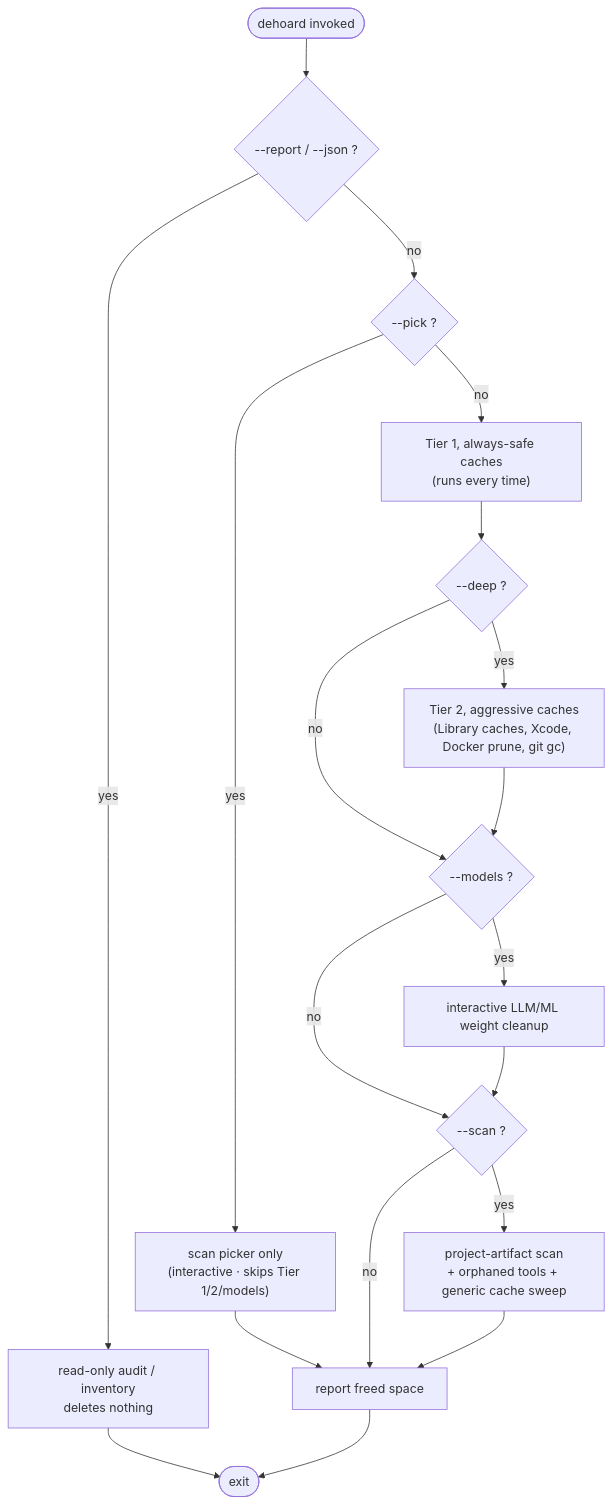
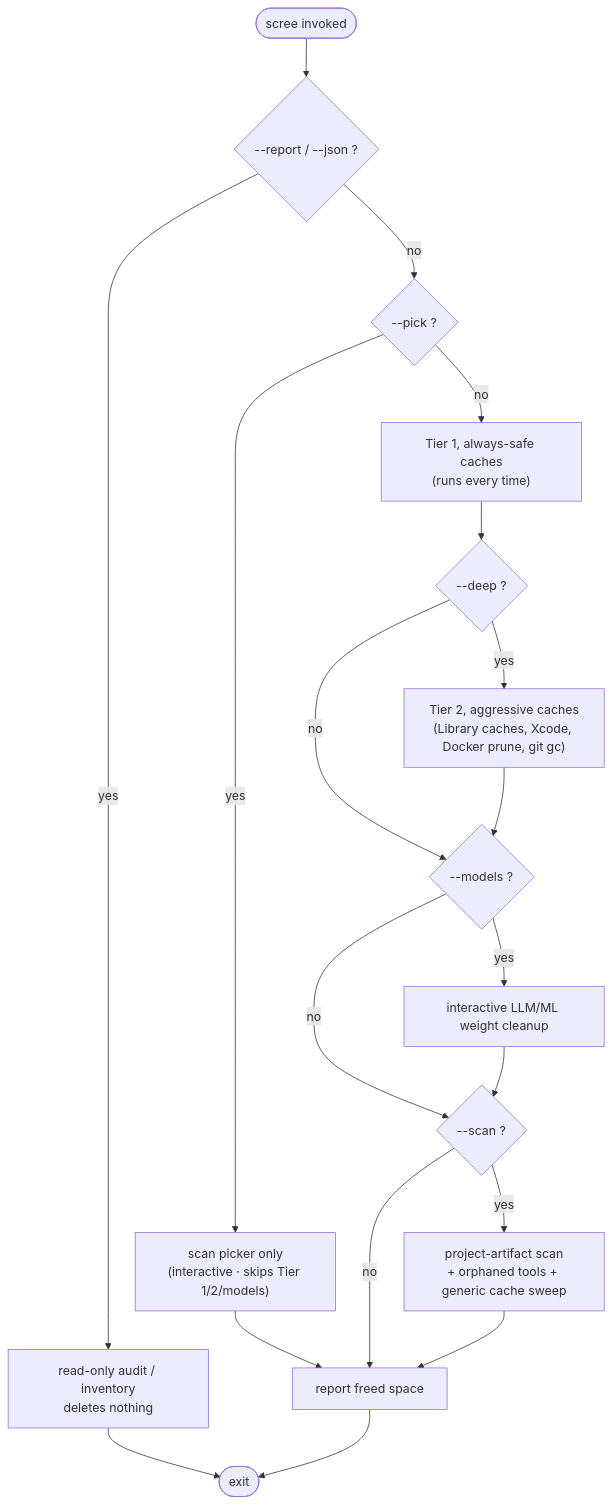
Before and after one commit to vishwaksena-dingari/dehoard: the first of 2 diagrams in docs/ARCHITECTURE.md, drawn with Mermaid. The commit also changed other lines of this file and 17 other files, not shown here.

First line of the commit message:
rename: dehoard -> scree

````diff
--- a/docs/ARCHITECTURE.md
+++ b/docs/ARCHITECTURE.md
@@ -54,19 +54,19 @@
 ```mermaid
 flowchart TD
-    Start([dehoard invoked]) --> RO{"--report / --json ?"}
+    Start([scree invoked]) --> RO{"--report / --json ?"}
     RO -- yes --> Audit[read-only audit / inventory<br/>deletes nothing] --> End([exit])
     RO -- no --> PK{"--pick ?"}
     PK -- yes --> Pick["scan picker only<br/>(interactive · skips Tier 1/2/models)"] --> Res
     PK -- no --> T1["Tier 1, always-safe caches<br/>(runs every time)"]
     T1 --> D{"--deep ?"}
     D -- yes --> T2["Tier 2, aggressive caches<br/>(Library caches, Xcode, Docker prune, git gc)"]
     D -- no --> M
     T2 --> M{"--models ?"}
     M -- yes --> Mdl["interactive LLM/ML weight cleanup"]
     M -- no --> S
     Mdl --> S{"--scan ?"}
     S -- yes --> Scan["project-artifact scan<br/>+ orphaned tools + generic cache sweep"]
     S -- no --> Res
     Scan --> Res[report freed space]
     Res --> End
 ```
````
